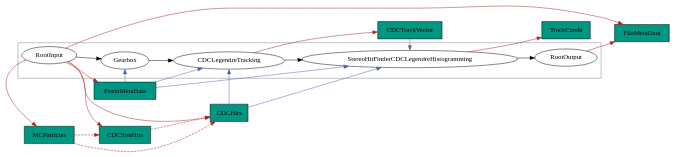
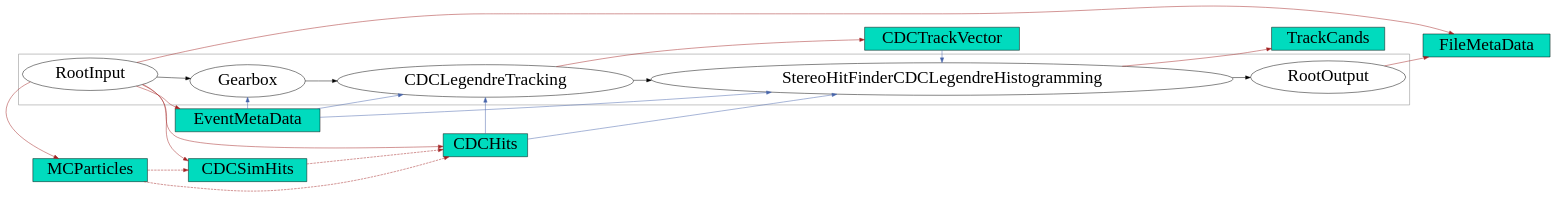
One commit to nilpferd1991/masterthesis changed the diagram in figures/theory/dataflow.dot. Above: the diagram before and after it, drawn with Graphviz. The commit also changed 1 other file, not shown here.

```diff
--- a/figures/theory/dataflow.dot
+++ b/figures/theory/dataflow.dot
@@ -1,48 +1,48 @@
 digraph allModules {
   rankdir=LR;
   compound=true;
   "RootOutput";
   "RootOutput" -> "FileMetaData" [color="#A22223"];
   "StereoHitFinderCDCLegendreHistogramming";
   "CDCHits" -> "StereoHitFinderCDCLegendreHistogramming" [color="#4664AA"];
   "CDCTrackVector" -> "StereoHitFinderCDCLegendreHistogramming" [color="#4664AA"];
   "EventMetaData" -> "StereoHitFinderCDCLegendreHistogramming" [color="#4664AA"];
   "StereoHitFinderCDCLegendreHistogramming" -> "TrackCands" [color="#A22223"];
-  "CDCLegendreTracking";
+  "CDCLegendreTracking" [fontsize=36];
   "CDCHits" -> "CDCLegendreTracking" [color="#4664AA"];
   "EventMetaData" -> "CDCLegendreTracking" [color="#4664AA"];
   "CDCLegendreTracking" -> "CDCTrackVector" [color="#A22223"];
-  "Gearbox";
+  "Gearbox"[fontsize=36];
   "EventMetaData" -> "Gearbox" [color="#4664AA"];
-  "RootInput";
+  "RootInput"[fontsize=36];
   "RootInput" -> "CDCHits" [color="#A22223"];
   "RootInput" -> "CDCSimHits" [color="#A22223"];
   "RootInput" -> "EventMetaData" [color="#A22223"];
   "RootInput" -> "FileMetaData" [color="#A22223"];
   "RootInput" -> "MCParticles" [color="#A22223"];
   "CDCSimHits" -> "CDCHits" [color="#A22223",style=dashed];
   "MCParticles" -> "CDCHits" [color="#A22223",style=dashed];
   "MCParticles" -> "CDCSimHits" [color="#A22223",style=dashed];
   subgraph "clusterMain" {
     rank=min;
     style=solid;
     color=grey;
     "clusterMain_inv" [shape=point,style=invis];
-    "RootInput";
-    "Gearbox";
+    "RootInput"[fontsize=36];
+    "Gearbox" [fontsize=36];
     "RootInput" -> "Gearbox" [color=black];
     "CDCLegendreTracking";
     "Gearbox" -> "CDCLegendreTracking" [color=black];
-    "StereoHitFinderCDCLegendreHistogramming";
+    "StereoHitFinderCDCLegendreHistogramming" [fontsize=36];
     "CDCLegendreTracking" -> "StereoHitFinderCDCLegendreHistogramming" [color=black];
-    "RootOutput";
+    "RootOutput" [fontsize=36];
     "StereoHitFinderCDCLegendreHistogramming" -> "RootOutput" [color=black];
   }
-  "CDCHits" [shape=box,style=filled,fillcolor="#009682"];
-  "CDCSimHits" [shape=box,style=filled,fillcolor="#009682"];
-  "CDCTrackVector" [shape=box,style=filled,fillcolor="#009682"];
-  "EventMetaData" [shape=box,style=filled,fillcolor="#009682"];
-  "FileMetaData" [shape=box,style=filled,fillcolor="#009682"];
-  "MCParticles" [shape=box,style=filled,fillcolor="#009682"];
-  "TrackCands" [shape=box,style=filled,fillcolor="#009682"];
+  "CDCHits" [shape=box,style=filled,fillcolor="#00DBBE",fontsize=36];
+  "CDCSimHits" [shape=box,style=filled,fillcolor="#00DBBE",fontsize=36];
+  "CDCTrackVector" [shape=box,style=filled,fillcolor="#00DBBE",fontsize=36];
+  "EventMetaData" [shape=box,style=filled,fillcolor="#00DBBE",fontsize=36];
+  "FileMetaData" [shape=box,style=filled,fillcolor="#00DBBE",fontsize=36];
+  "MCParticles" [shape=box,style=filled,fillcolor="#00DBBE",fontsize=36];
+  "TrackCands" [shape=box,style=filled,fillcolor="#00DBBE",fontsize=36];
 }
```
